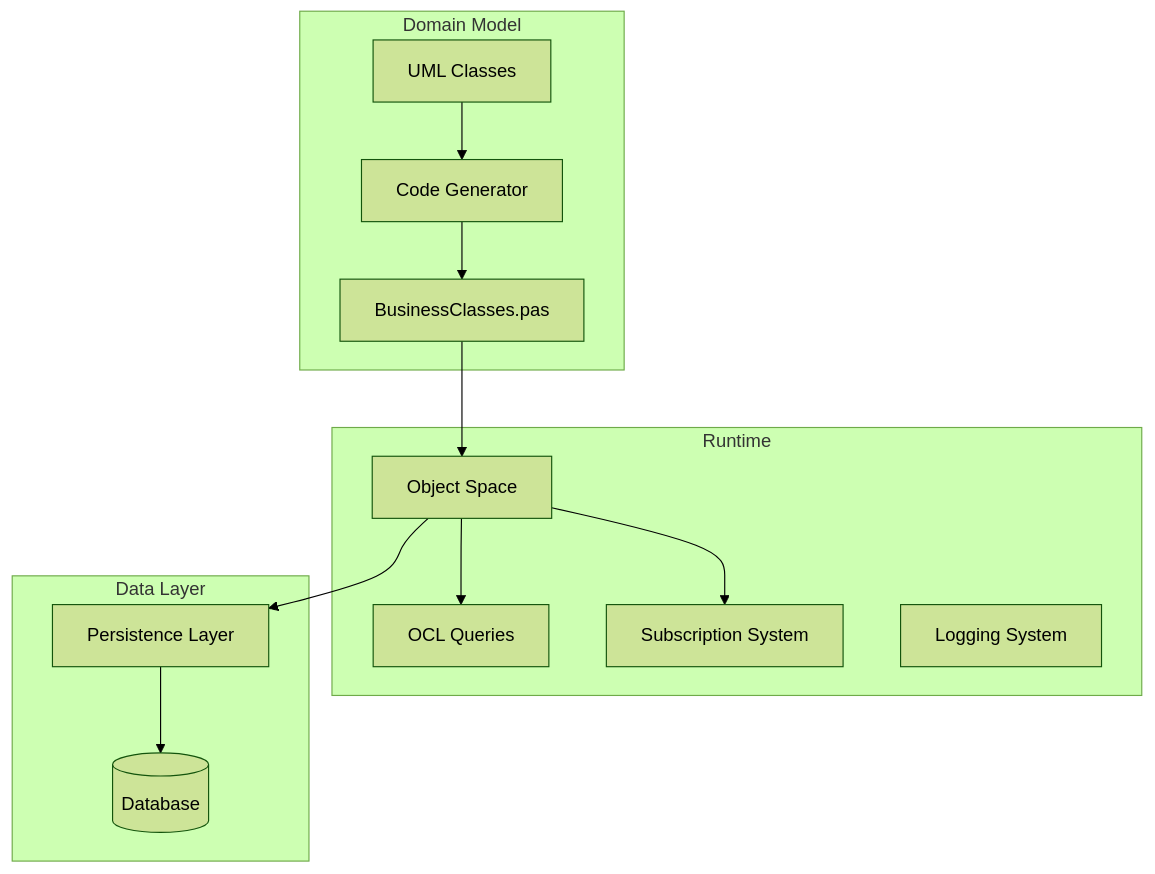
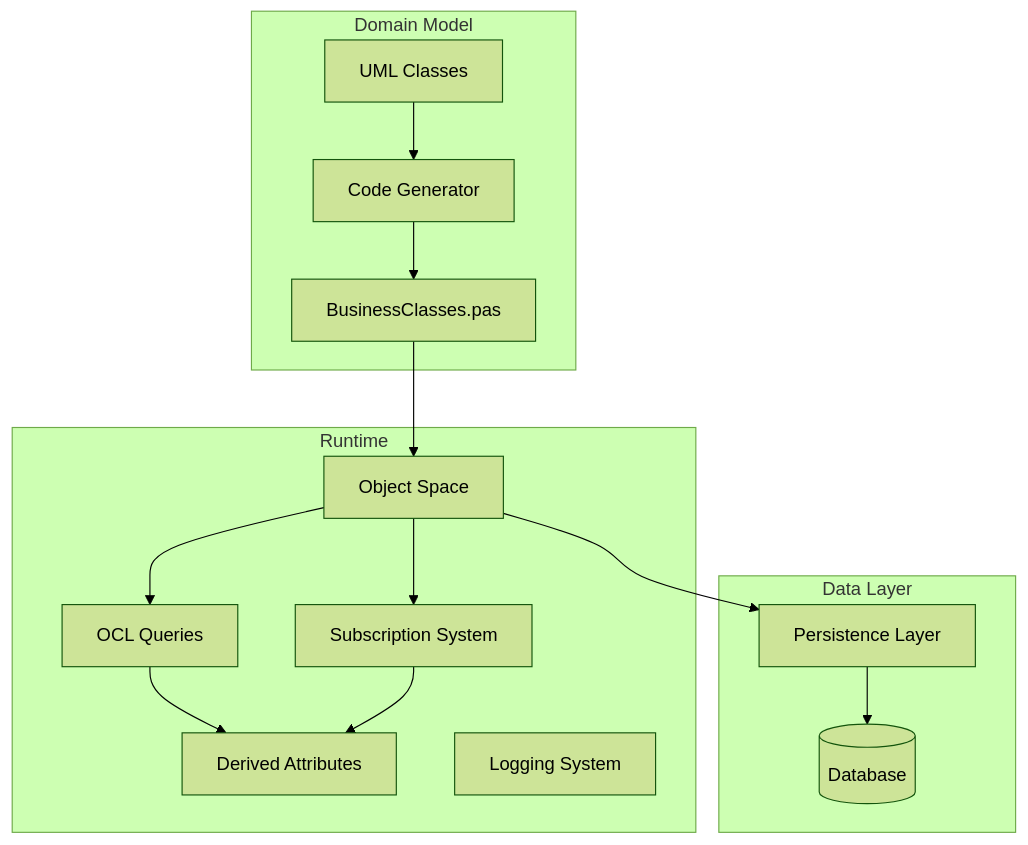
Before and after one commit to bero/BoldForDelphi: the diagram in docs/concepts/index.md, drawn with Mermaid (forest theme). The commit also changed other lines of this file and 43 other files, not shown here.

````diff
--- a/docs/concepts/index.md
+++ b/docs/concepts/index.md
@@ -7,35 +8,39 @@
 ```mermaid
 flowchart TB
     subgraph Model["Domain Model"]
         UML[UML Classes]
         CodeGen[Code Generator]
         BusinessClasses[BusinessClasses.pas]
     end
 
     subgraph Runtime["Runtime"]
         ObjectSpace[Object Space]
         OCL[OCL Queries]
+        Derived[Derived Attributes]
         Subscriptions[Subscription System]
         Logging[Logging System]
     end
 
     subgraph Data["Data Layer"]
         Persistence[Persistence Layer]
         DB[(Database)]
     end
 
     UML --> CodeGen
     CodeGen --> BusinessClasses
     BusinessClasses --> ObjectSpace
     ObjectSpace --> OCL
     ObjectSpace --> Subscriptions
+    OCL --> Derived
+    Subscriptions --> Derived
     ObjectSpace --> Persistence
     Persistence --> DB
 
     click ObjectSpace href "object-space/" "Object Space documentation"
     click OCL href "ocl/" "OCL documentation"
+    click Derived href "derived-attributes/" "Derived Attributes documentation"
     click Subscriptions href "subscriptions/" "Subscriptions documentation"
     click Logging href "logging/" "Logging documentation"
     click Persistence href "persistence/" "Persistence documentation"
     click DB href "persistence/" "Database persistence documentation"
 ```
````
